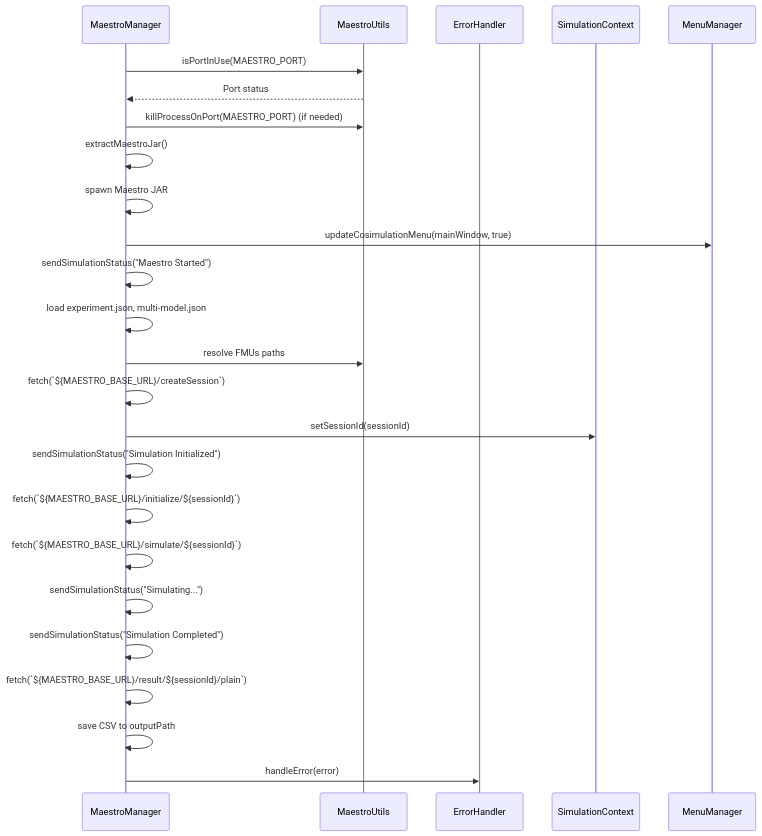
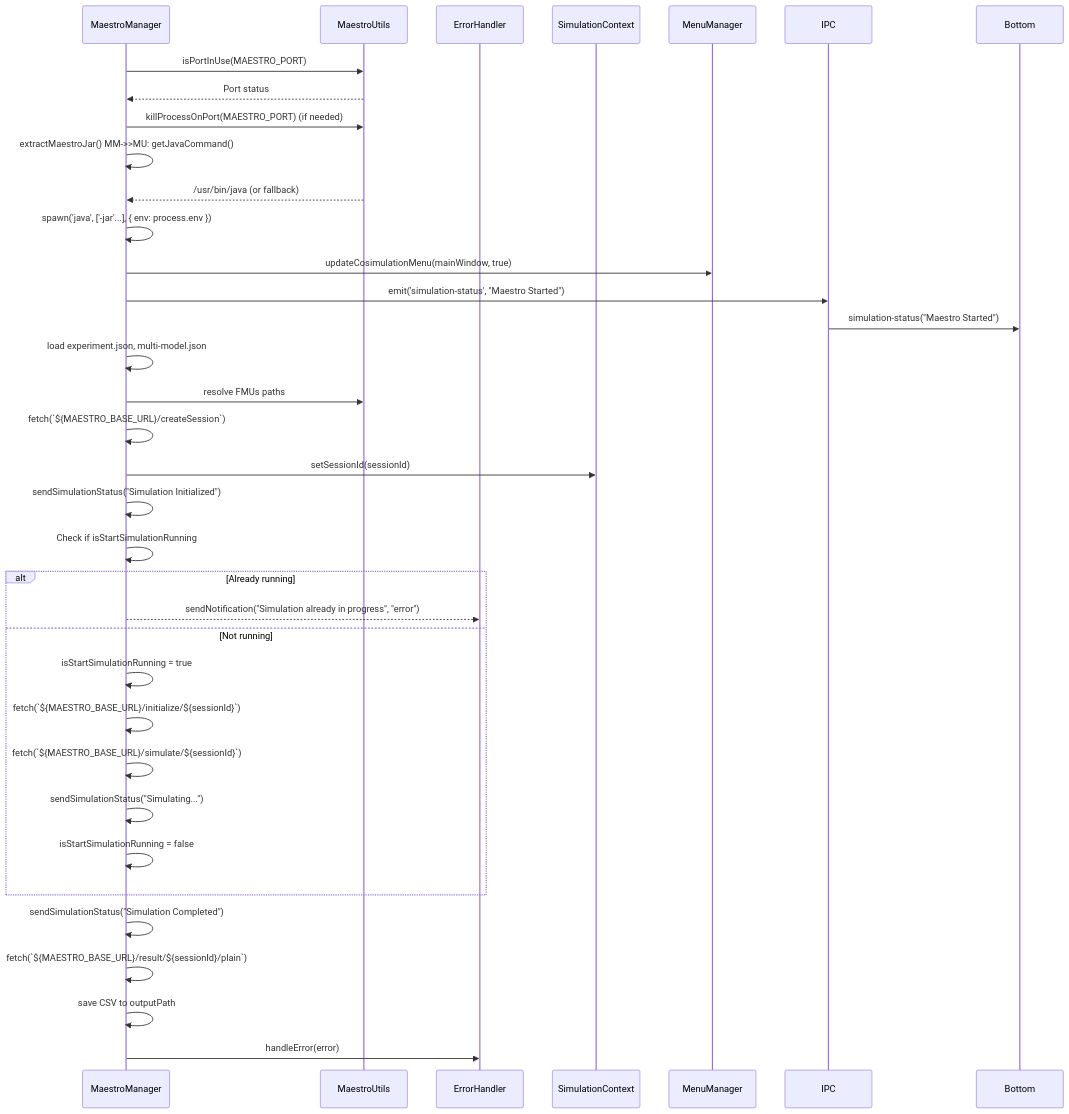
Before and after one commit to INTO-CPS-Association/into-cps-application: the fourth of 6 diagrams in docs/APPLICATION LAYERS.md, drawn with Mermaid. The commit also changed other lines of this file and 15 other files, not shown here.

First line of the commit message:
Fix Maestro Logging on Detached Process (#235)

````diff
--- a/docs/APPLICATION LAYERS.md
+++ b/docs/APPLICATION LAYERS.md
@@ -316,42 +319,49 @@
 ```mermaid
 sequenceDiagram
     participant MM as MaestroManager
     participant MU as MaestroUtils
     participant EH as ErrorHandler
     participant MC as SimulationContext
     participant Menu as MenuManager
 
     %% Starting Maestro %%
     MM->>MU: isPortInUse(MAESTRO_PORT)
     MU-->>MM: Port status
     MM->>MU: killProcessOnPort(MAESTRO_PORT) (if needed)
-    MM->>MM: extractMaestroJar()
-    MM->>MM: spawn Maestro JAR
+    MM->>MM: extractMaestroJar() MM->>MU: getJavaCommand()
+    MU-->>MM: /usr/bin/java (or fallback)
+    MM->>MM: spawn('java', ['-jar'...], { env: process.env })
     MM->>Menu: updateCosimulationMenu(mainWindow, true)
-
-    %% Maestro successfully started %%
-    MM->>MM: sendSimulationStatus("Maestro Started")
+    MM->>IPC: emit('simulation-status', "Maestro Started")
+    IPC->>Bottom: simulation-status("Maestro Started")
 
     %% Simulation Initialization %%
     MM->>MM: load experiment.json, multi-model.json
     MM->>MU: resolve FMUs paths
     MM->>MM: fetch(`${MAESTRO_BASE_URL}/createSession`)
     MM->>MC: setSessionId(sessionId)
     MM->>MM: sendSimulationStatus("Simulation Initialized")
 
     %% Running Simulation %%
-    MM->>MM: fetch(`${MAESTRO_BASE_URL}/initialize/${sessionId}`)
-    MM->>MM: fetch(`${MAESTRO_BASE_URL}/simulate/${sessionId}`)
-    MM->>MM: sendSimulationStatus("Simulating...")
+    MM->>MM: Check if isStartSimulationRunning
+    alt Already running
+        MM-->>EH: sendNotification("Simulation already in progress", "error")
+    else Not running
+        MM->>MM: isStartSimulationRunning = true
+        MM->>MM: fetch(`${MAESTRO_BASE_URL}/initialize/${sessionId}`)
+        MM->>MM: fetch(`${MAESTRO_BASE_URL}/simulate/${sessionId}`)
+        MM->>MM: sendSimulationStatus("Simulating...")
+        MM->>MM: isStartSimulationRunning = false
+    end
 
     %% Simulation Completion %%
     MM->>MM: sendSimulationStatus("Simulation Completed")
 
     %% Retrieving Results %%
     MM->>MM: fetch(`${MAESTRO_BASE_URL}/result/${sessionId}/plain`)
     MM->>MM: save CSV to outputPath
 
     %% Handling Errors %%
     MM->>EH: handleError(error)
 
 ```
````
